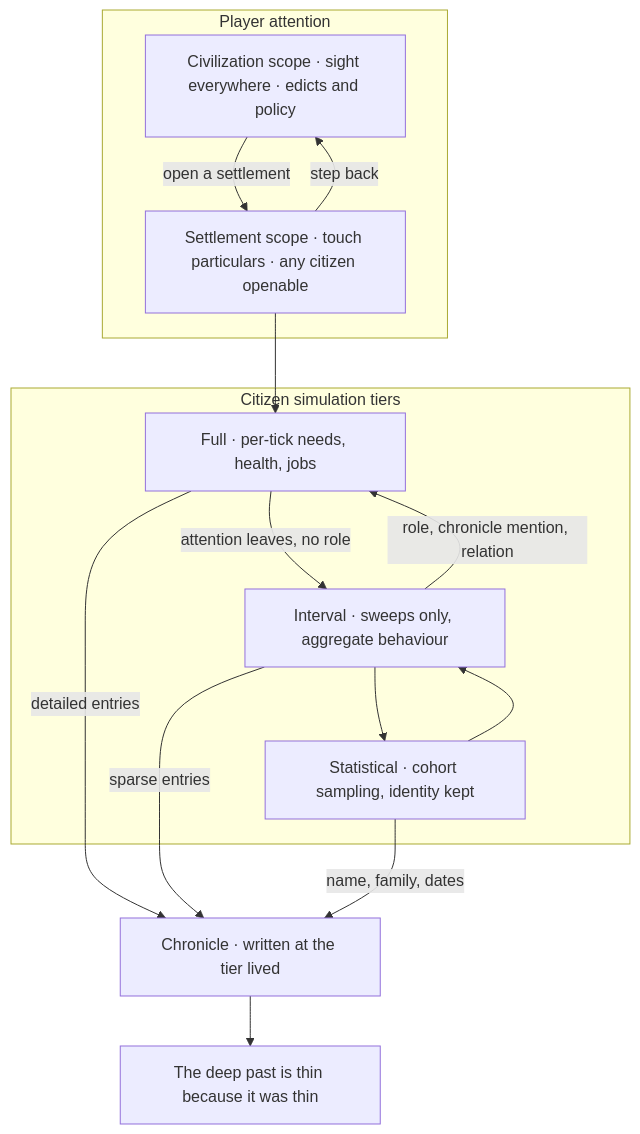
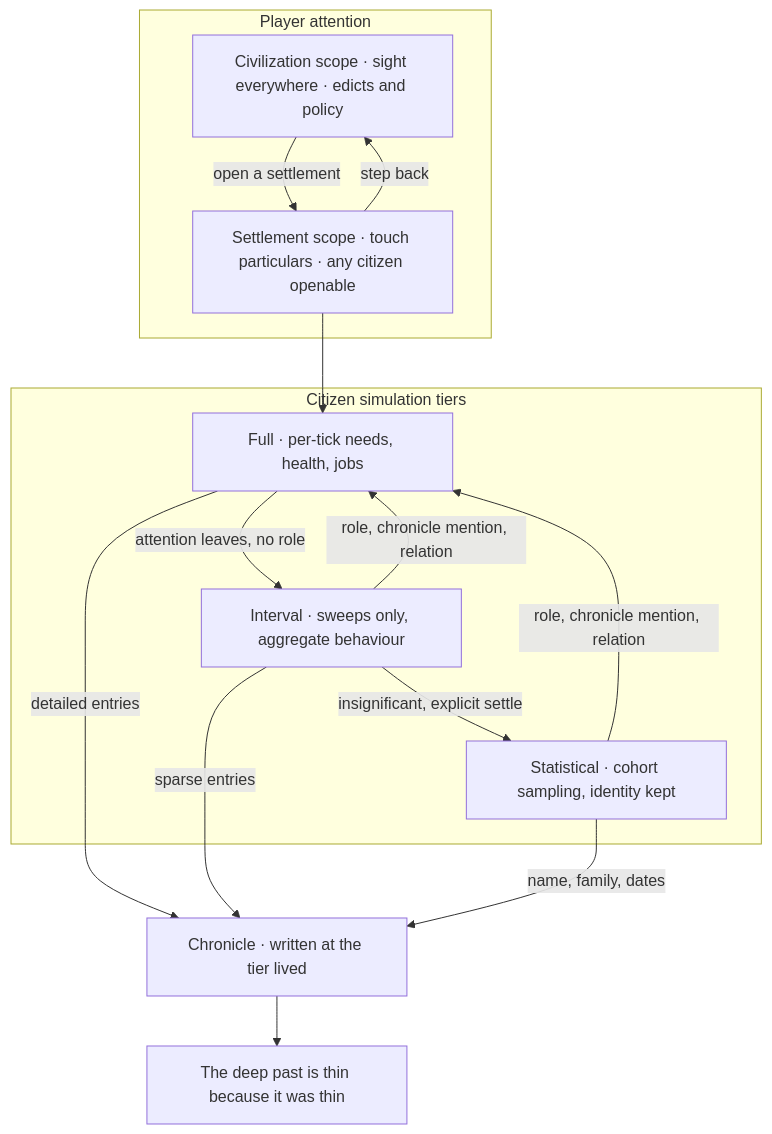
Diagram 13 of 13 in docs/spec/simworld-spec.md (m2windham/simWorld), drawn with Mermaid before and after one commit. The commit also changed other lines of this file and 14 other files, not shown here.

````diff
--- a/docs/spec/simworld-spec.md
+++ b/docs/spec/simworld-spec.md
@@ -821,25 +926,25 @@
 ```mermaid
 flowchart TB
   subgraph Scope[Player attention]
     Civ[Civilization scope · sight everywhere · edicts and policy]
     Set[Settlement scope · touch particulars · any citizen openable]
   end
   Civ -->|open a settlement| Set
   Set -->|step back| Civ
 
   subgraph Tiers[Citizen simulation tiers]
     Full[Full · per-tick needs, health, jobs]
     Interval[Interval · sweeps only, aggregate behaviour]
     Stat[Statistical · cohort sampling, identity kept]
   end
   Set --> Full
   Full -->|attention leaves, no role| Interval
   Interval -->|role, chronicle mention, relation| Full
-  Interval --> Stat
-  Stat --> Interval
+  Stat -->|role, chronicle mention, relation| Full
+  Interval -->|insignificant, explicit settle| Stat
 
   Full -->|detailed entries| Rec[Chronicle · written at the tier lived]
   Interval -->|sparse entries| Rec
   Stat -->|name, family, dates| Rec
   Rec --> Past[The deep past is thin because it was thin]
 ```
````
